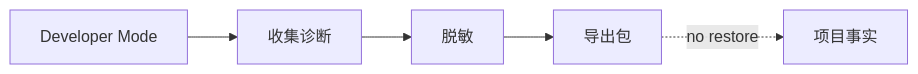
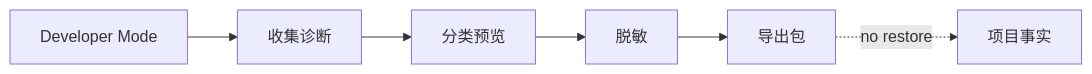
The diagram in spec/platform/R05-diagnostics-and-debug-mode.md (jinhuang712/open-novel), drawn with Mermaid before and after one commit. The commit also changed other lines of this file and 42 other files, not shown here.

````diff
--- a/spec/platform/R05-diagnostics-and-debug-mode.md
+++ b/spec/platform/R05-diagnostics-and-debug-mode.md
@@ -17,7 +28,8 @@
 ```mermaid
 flowchart LR
   Dev[Developer Mode] --> Collect[收集诊断]
-  Collect --> Redact[脱敏]
+  Collect --> Preview[分类预览]
+  Preview --> Redact[脱敏]
   Redact --> Export[导出包]
   Export -.no restore.-> Project[项目事实]
 ```
````
